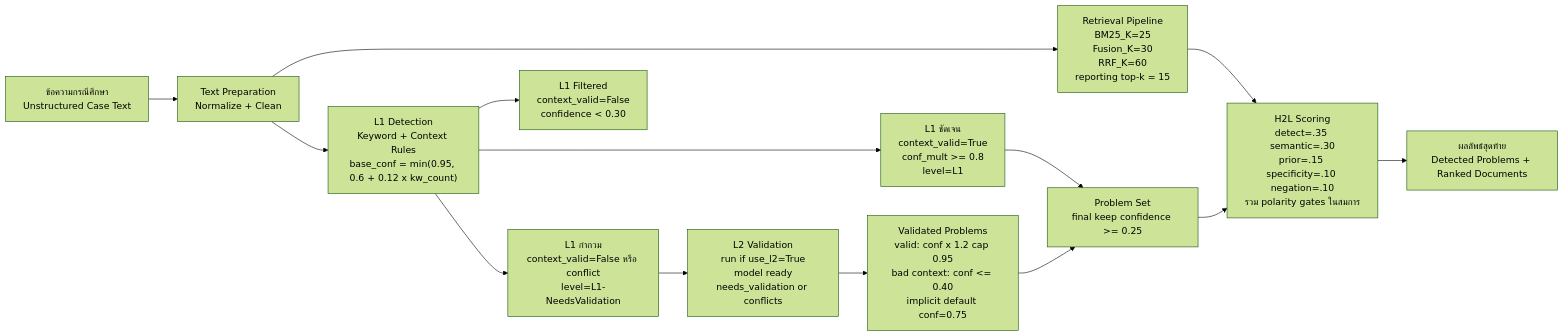
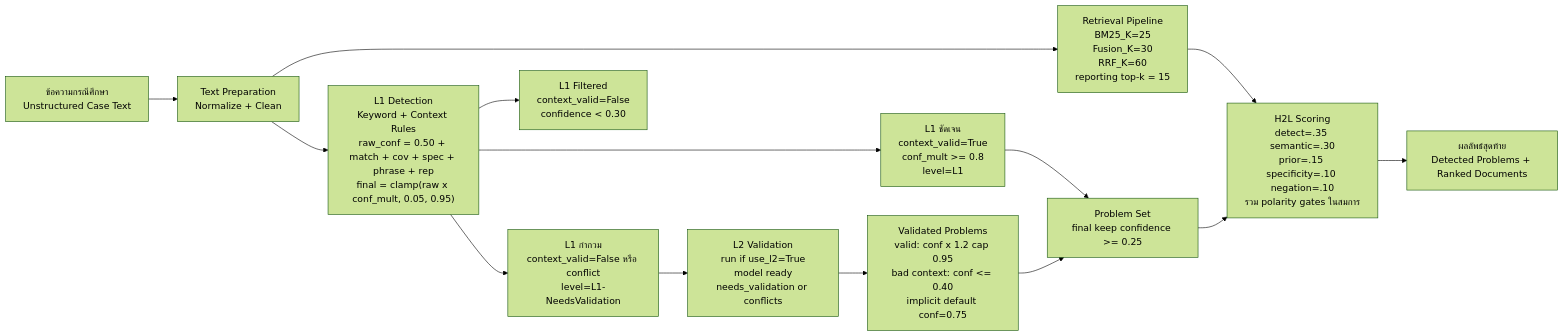
The first of 9 diagrams in md_report/thesis_full_ch3_methodology.md (Mickeychay/thesis_one-), drawn with Mermaid (forest theme) before and after one commit. The commit also changed other lines of this file and 7 other files, not shown here.

````diff
--- a/md_report/thesis_full_ch3_methodology.md
+++ b/md_report/thesis_full_ch3_methodology.md
@@ -19,16 +19,16 @@
 ```mermaid
 flowchart LR
     A["ข้อความกรณีศึกษา<br/>Unstructured Case Text"] --> B["Text Preparation<br/>Normalize + Clean"]
-    B --> C["L1 Detection<br/>Keyword + Context Rules<br/>base_conf = min(0.95, 0.6 + 0.12 x kw_count)"]
+    B --> C["L1 Detection<br/>Keyword + Context Rules<br/>raw_conf = 0.50 + match + cov + spec + phrase + rep<br/>final = clamp(raw x conf_mult, 0.05, 0.95)"]
     C --> D1["L1 ชัดเจน<br/>context_valid=True<br/>conf_mult >= 0.8<br/>level=L1"]
     C --> D2["L1 กำกวม<br/>context_valid=False หรือ conflict<br/>level=L1-NeedsValidation"]
     C --> D3["L1 Filtered<br/>context_valid=False<br/>confidence &lt; 0.30"]
     D2 --> E["L2 Validation<br/>run if use_l2=True<br/>model ready<br/>needs_validation or conflicts"]
     E --> F["Validated Problems<br/>valid: conf x 1.2 cap 0.95<br/>bad context: conf &lt;= 0.40<br/>implicit default conf=0.75"]
     D1 --> G["Problem Set<br/>final keep confidence >= 0.25"]
     F --> G
     B --> H["Retrieval Pipeline<br/>BM25_K=25<br/>Fusion_K=30<br/>RRF_K=60<br/>reporting top-k = 15"]
     H --> I["H2L Scoring<br/>detect=.35 semantic=.30<br/>prior=.15 specificity=.10 negation=.10<br/>รวม polarity gates ในสมการ"]
     G --> I
     I --> K["ผลลัพธ์สุดท้าย<br/>Detected Problems + Ranked Documents"]
 ```
````
